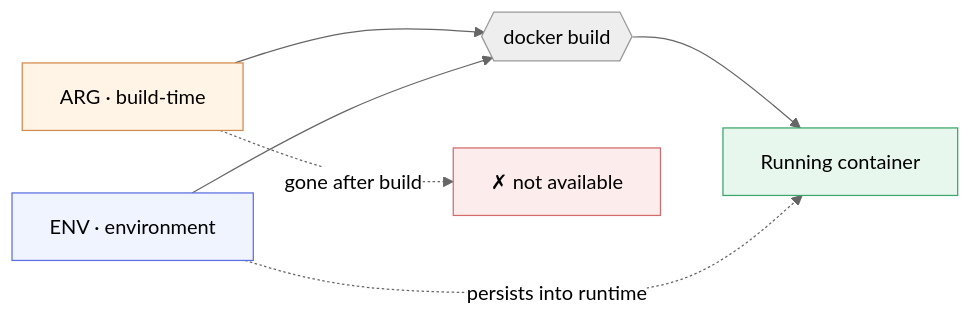
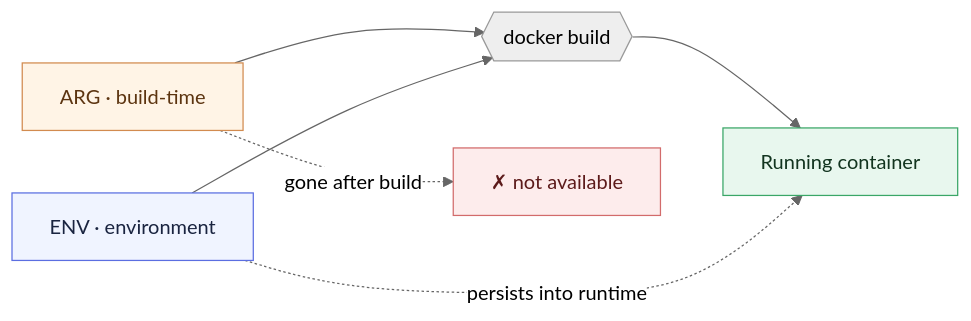
One commit to LinkedInLearning/docker-for-local-ai-app-development-build-lightweight-containerized-ai-applications-11189001 changed the second of 2 diagrams in chapter_2/l2/README.md. Above: the diagram before and after it, drawn with Mermaid (neutral theme). The commit also changed 25 other files, not shown here.

````diff
--- a/chapter_2/l2/README.md
+++ b/chapter_2/l2/README.md
@@ -320,18 +320,18 @@
 ```mermaid
 flowchart LR
     A["ARG · build-time"] --> B{{docker build}}
     E["ENV · environment"] --> B
     B --> C[Running container]
     E -. persists into runtime .-> C
     A -. gone after build .-> X["✗ not available"]
 
-    classDef arg  fill:#fff4e6,stroke:#d28b4f,stroke-width:1px;
-    classDef env  fill:#f0f4ff,stroke:#5b6ee1,stroke-width:1px;
-    classDef run  fill:#e8f7ee,stroke:#3aa667,stroke-width:1px;
-    classDef gone fill:#fdecec,stroke:#d26b6b,stroke-width:1px;
+    classDef arg  fill:#fff4e6,stroke:#d28b4f,stroke-width:1px,color:#5c3410;
+    classDef env  fill:#f0f4ff,stroke:#5b6ee1,stroke-width:1px,color:#1a2440;
+    classDef run  fill:#e8f7ee,stroke:#3aa667,stroke-width:1px,color:#12341f;
+    classDef gone fill:#fdecec,stroke:#d26b6b,stroke-width:1px,color:#5c1a1a;
 
     class A arg
     class E env
     class C run
     class X gone
 ```
````
